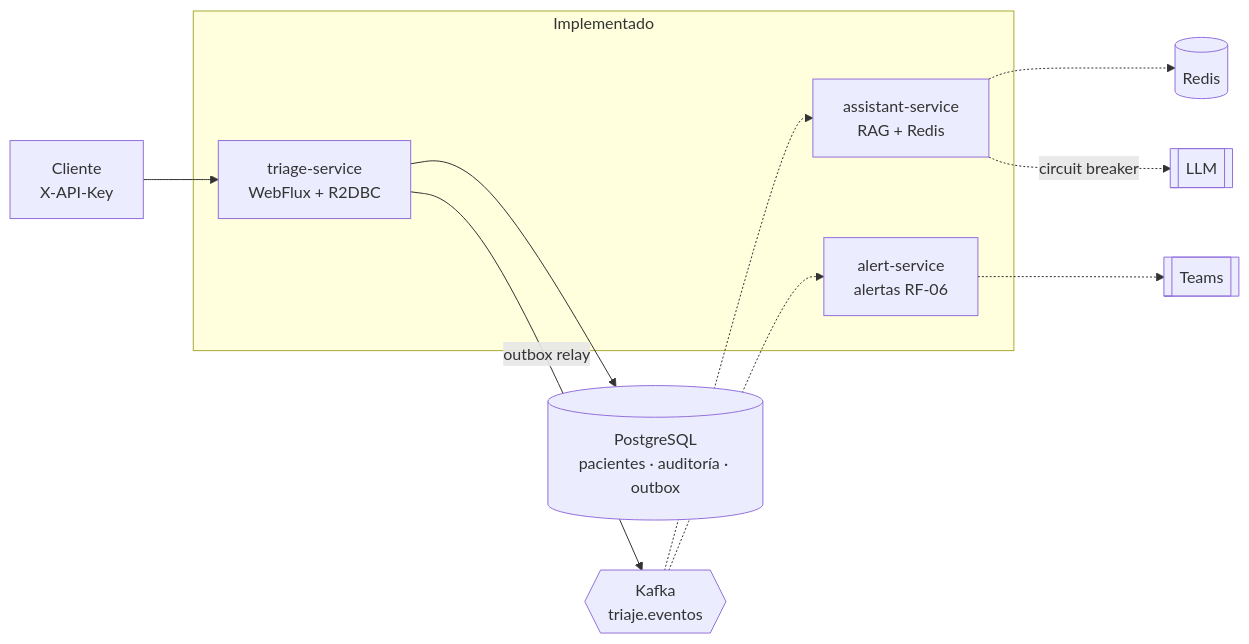
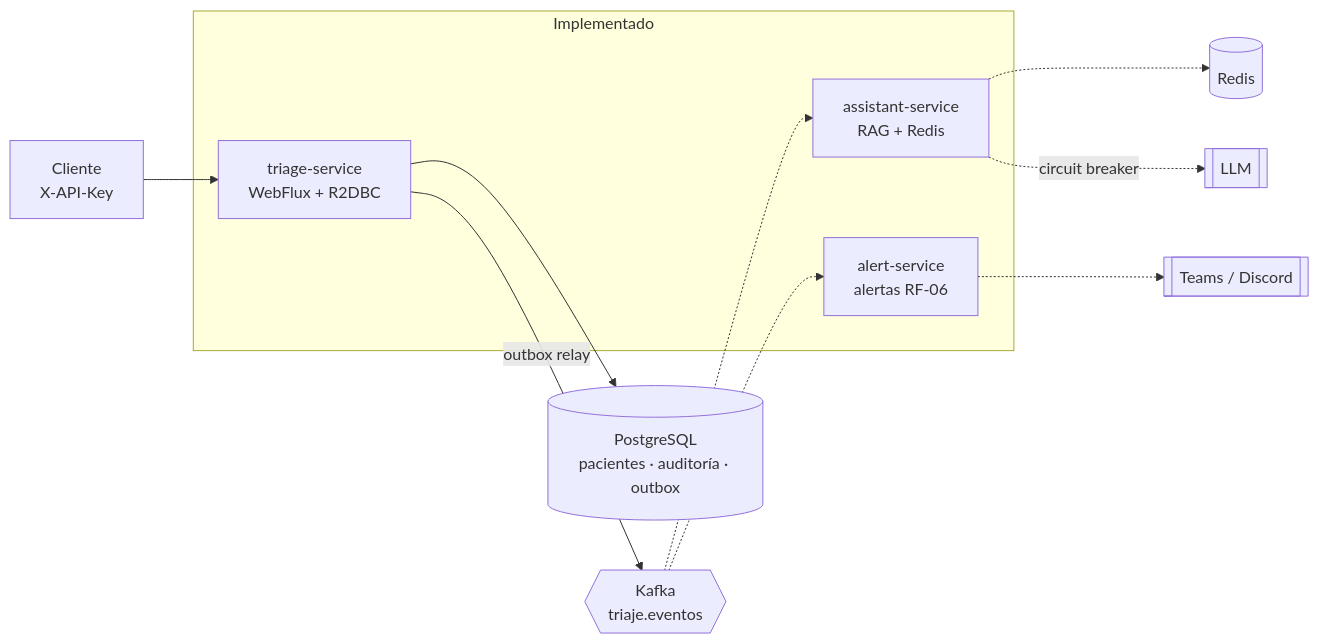
One commit to JulianDavidGamboa/vidacruz-triage-platform changed the diagram in README.md. Above: the diagram before and after it, drawn with Mermaid. The commit also changed other lines of this file and 3 other files, not shown here.

````diff
--- a/README.md
+++ b/README.md
@@ -125,16 +125,16 @@
 ```mermaid
 flowchart LR
     C["Cliente<br/>X-API-Key"] --> TRI
     subgraph Implementado
         TRI["triage-service<br/>WebFlux + R2DBC"]
         AST["assistant-service<br/>RAG + Redis"]
         ALR["alert-service<br/>alertas RF-06"]
     end
     TRI --> PG[("PostgreSQL<br/>pacientes · auditoría · outbox")]
     TRI -->|"outbox relay"| KF{{"Kafka<br/>triaje.eventos"}}
     KF -.-> AST
     KF -.-> ALR
     AST -.-> RD[("Redis")]
     AST -.->|"circuit breaker"| LLM[["LLM"]]
-    ALR -.-> CH[["Teams"]]
+    ALR -.-> CH[["Teams / Discord"]]
 ```
````
